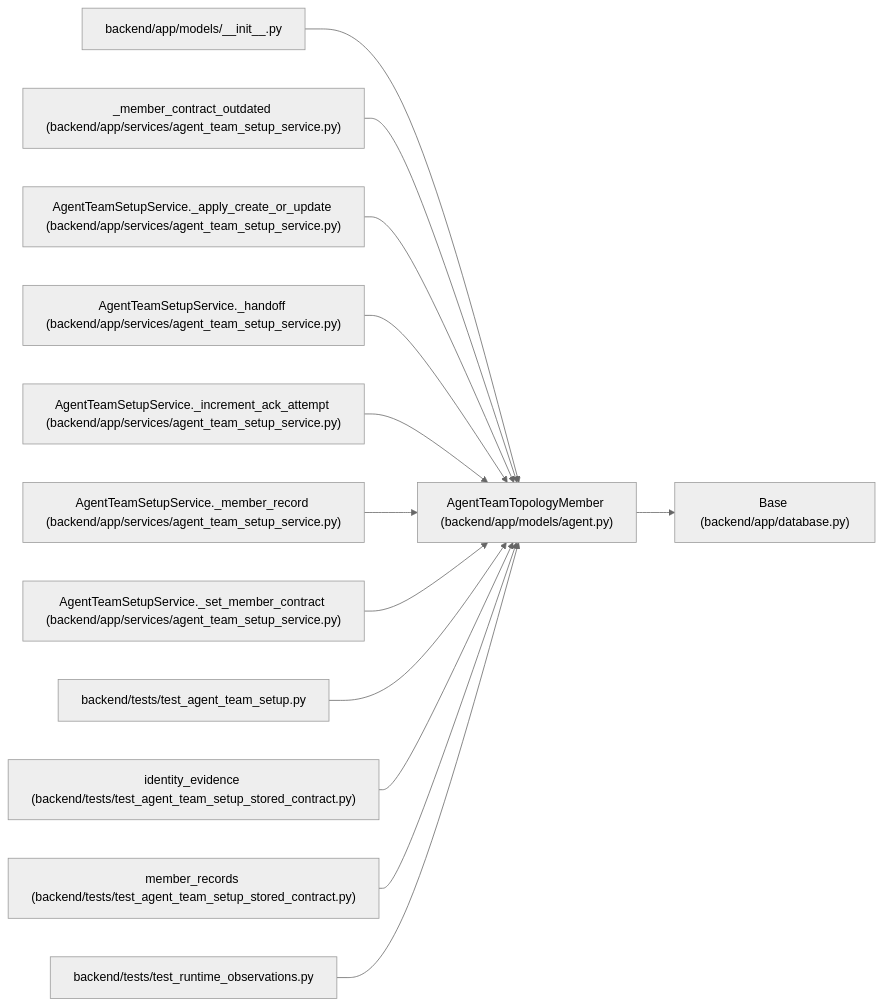
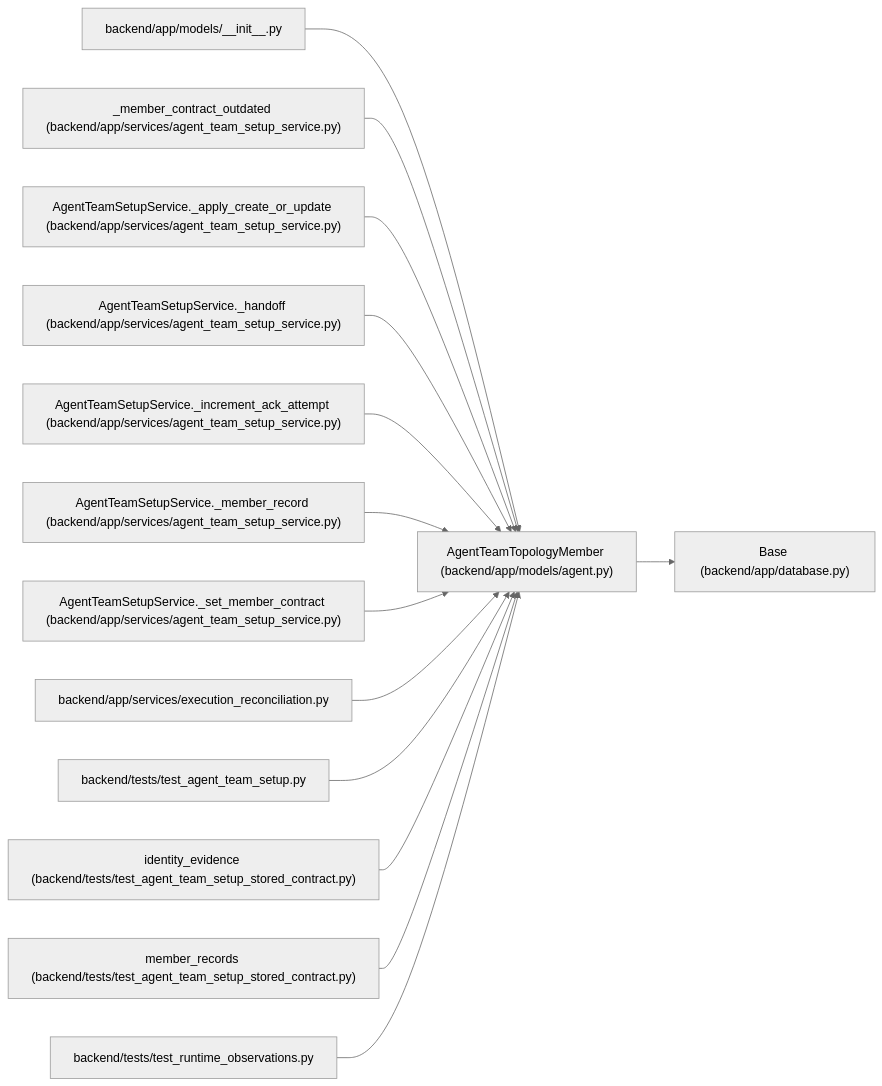
Before and after one commit to Denissvgn/WorkChord: the diagram in docs/llm_wiki/entities/AgentTeamTopologyMember.md, drawn with Mermaid (neutral theme). The commit also changed other lines of this file and 2373 other files, not shown here.

````diff
--- a/docs/llm_wiki/entities/AgentTeamTopologyMember.md
+++ b/docs/llm_wiki/entities/AgentTeamTopologyMember.md
@@ -56,41 +56,44 @@
 ```mermaid
 flowchart LR
     n0["AgentTeamTopologyMember (backend/app/models/agent.py)"]
     n1["Base (backend/app/database.py)"]
     n2["backend/app/models/__init__.py"]
     n3["_member_contract_outdated (backend/app/services/agent_team_setup_service.py)"]
     n4["AgentTeamSetupService._apply_create_or_update (backend/app/services/agent_team_setup_service.py)"]
     n5["AgentTeamSetupService._handoff (backend/app/services/agent_team_setup_service.py)"]
     n6["AgentTeamSetupService._increment_ack_attempt (backend/app/services/agent_team_setup_service.py)"]
     n7["AgentTeamSetupService._member_record (backend/app/services/agent_team_setup_service.py)"]
     n8["AgentTeamSetupService._set_member_contract (backend/app/services/agent_team_setup_service.py)"]
-    n9["backend/tests/test_agent_team_setup.py"]
-    n10["identity_evidence (backend/tests/test_agent_team_setup_stored_contract.py)"]
-    n11["member_records (backend/tests/test_agent_team_setup_stored_contract.py)"]
-    n12["backend/tests/test_runtime_observations.py"]
+    n9["backend/app/services/execution_reconciliation.py"]
+    n10["backend/tests/test_agent_team_setup.py"]
+    n11["identity_evidence (backend/tests/test_agent_team_setup_stored_contract.py)"]
+    n12["member_records (backend/tests/test_agent_team_setup_stored_contract.py)"]
+    n13["backend/tests/test_runtime_observations.py"]
     n0 --> n1
     n2 --> n0
     n3 --> n0
     n4 --> n0
     n5 --> n0
     n6 --> n0
     n7 --> n0
     n8 --> n0
     n9 --> n0
     n10 --> n0
     n11 --> n0
     n12 --> n0
+    n13 --> n0
     click n0 "../modules/models_agent.md"
     click n1 "../modules/app_database.md"
     click n2 "../modules/models___init__.md"
     click n3 "../modules/agent_team_setup_service.md"
     click n4 "../modules/agent_team_setup_service.md"
     click n5 "../modules/agent_team_setup_service.md"
     click n6 "../modules/agent_team_setup_service.md"
     click n7 "../modules/agent_team_setup_service.md"
     click n8 "../modules/agent_team_setup_service.md"
-    click n9 "../modules/test_agent_team_setup.md"
-    click n10 "../modules/test_agent_team_setup_stored_contract.md"
+    click n9 "../modules/execution_reconciliation.md"
+    click n10 "../modules/test_agent_team_setup.md"
     click n11 "../modules/test_agent_team_setup_stored_contract.md"
-    click n12 "../modules/test_runtime_observations.md"
+    click n12 "../modules/test_agent_team_setup_stored_contract.md"
+    click n13 "../modules/test_runtime_observations.md"
 ```
````
